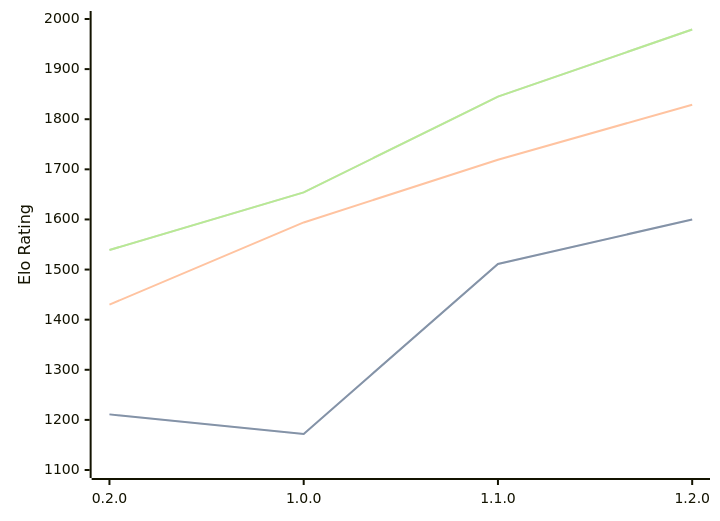
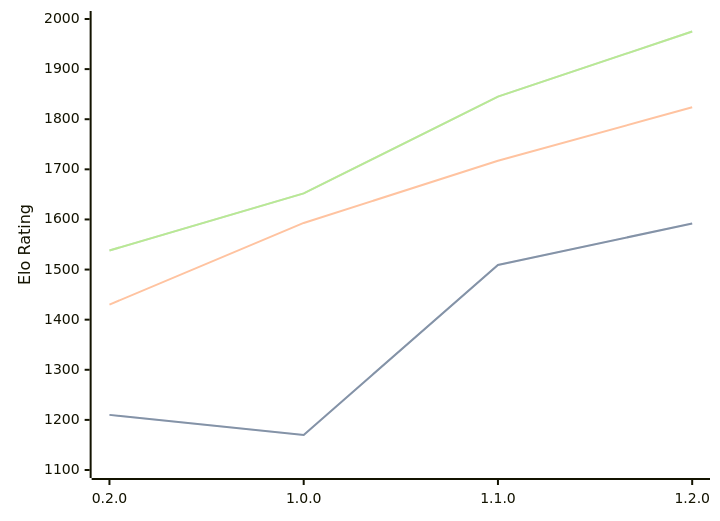
One commit to computer-chess-index/cci changed the diagram in engines/Zeppelin.md. Above: the diagram before and after it, drawn with Mermaid. The commit also changed other lines of this file, not shown here.

Commit message:
Update CCI Ratings (ELO VLTC) - 2026-03-05

````diff
--- a/engines/Zeppelin.md
+++ b/engines/Zeppelin.md
@@ -34,11 +34,11 @@
 ```mermaid
 %%{init: {"theme":"base","themeVariables":{"seriesColors:['#a3a3a3','#222221','#faa371']}}}%%
 xychart-beta
   x-axis ["0.2.0", "1.0.0", "1.1.0", "1.2.0"]
   y-axis "Elo Rating" 1100 --> 2000
-  line "STC (8.0+0.08s)" [1211, 1172, 1511, 1600]
-  line "STC (8.0+0.08s)" [1211, 1172, 1511, 1600]
-  line "LTC (60.0+0.60s)" [1430, 1594, 1719, 1829]
-  line "VLTC (2m24s+1.12s)" [1539, 1654, 1845, 1979]
-  line "VLTC (2m24s+1.12s)" [1539, 1654, 1845, 1979]
+  line "STC (8.0+0.08s)" [1210, 1170, 1509, 1592]
+  line "STC (8.0+0.08s)" [1210, 1170, 1509, 1592]
+  line "LTC (60.0+0.60s)" [1430, 1593, 1717, 1824]
+  line "VLTC (2m24s+1.12s)" [1538, 1652, 1845, 1975]
+  line "VLTC (2m24s+1.12s)" [1538, 1652, 1845, 1975]
 ```
````
